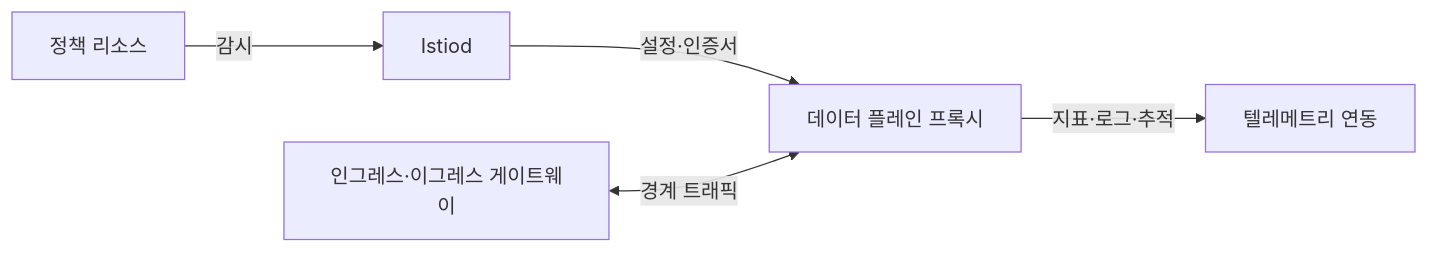
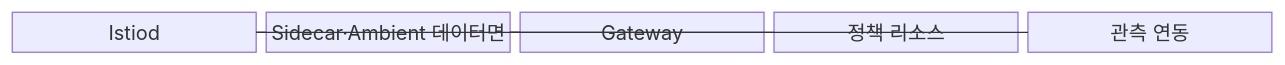
Before and after one commit to agnusdei1207/knowledge-base: the first of 2 diagrams in src/content/docs/notes/03-software/160_istio_service_mesh.md, drawn with Mermaid. The commit also changed other lines of this file and 20 other files, not shown here.

````diff
--- a/src/content/docs/notes/03-software/160_istio_service_mesh.md
+++ b/src/content/docs/notes/03-software/160_istio_service_mesh.md
@@ -62,7 +57,13 @@
 ```mermaid
-flowchart LR
-    P["정책 리소스"] -->|"감시"| I["Istiod"]
-    I -->|"설정·인증서"| D["데이터 플레인 프록시"]
-    G["인그레스·이그레스 게이트웨이"] <-->|"경계 트래픽"| D
-    D -->|"지표·로그·추적"| T["텔레메트리 연동"]
+block
+  columns 5
+  I["Istiod"]
+  D["Sidecar·Ambient 데이터면"]
+  G["Gateway"]
+  P["정책 리소스"]
+  O["관측 연동"]
+  I --- P
+  I --- D
+  D --- G
+  D --- O
 ```
````
